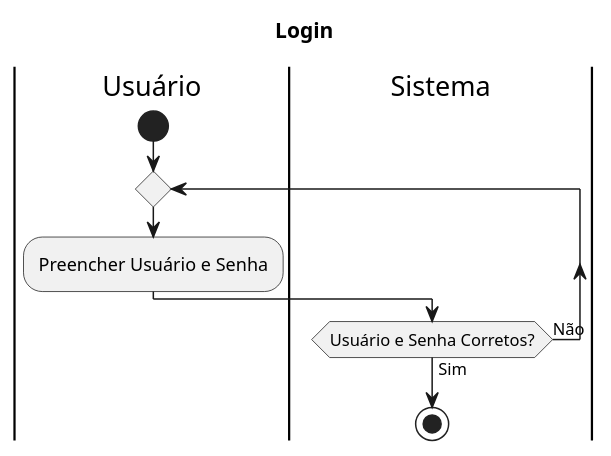
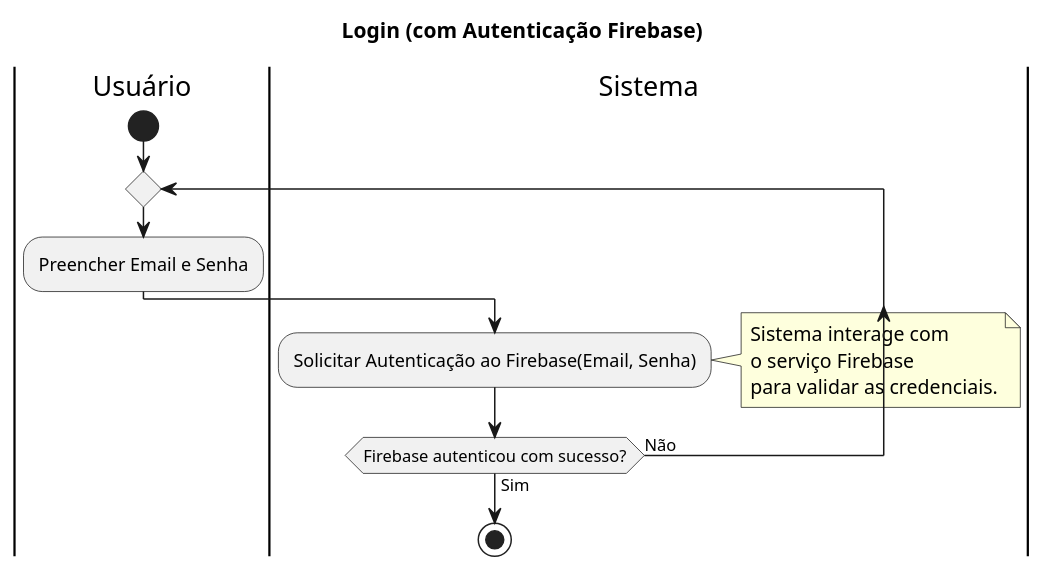
The diagram in atividades/Login.wsd (pedrOfsilveira/diagramas), drawn with PlantUML before and after one commit. The commit also changed 33 other files, not shown here.

Commit message:
added diagramas de sequencia + um monte de correção

```diff
--- a/atividades/Login.wsd
+++ b/atividades/Login.wsd
@@ -1,13 +1,19 @@
 @startuml
 
-title Login
+title Login (com Autenticação Firebase)
 
 |Usuário|
 start
 repeat
-    :Preencher Usuário e Senha;
-    |Sistema|
-repeat while(Usuário e Senha Corretos?) is (Não) not (Sim)
+    :Preencher Email e Senha;
+|Sistema|
+    :Solicitar Autenticação ao Firebase(Email, Senha);
+    note right
+        Sistema interage com
+        o serviço Firebase
+        para validar as credenciais.
+    end note
+repeat while (Firebase autenticou com sucesso?) is (Não) not (Sim)
 stop
 
 @enduml
```
